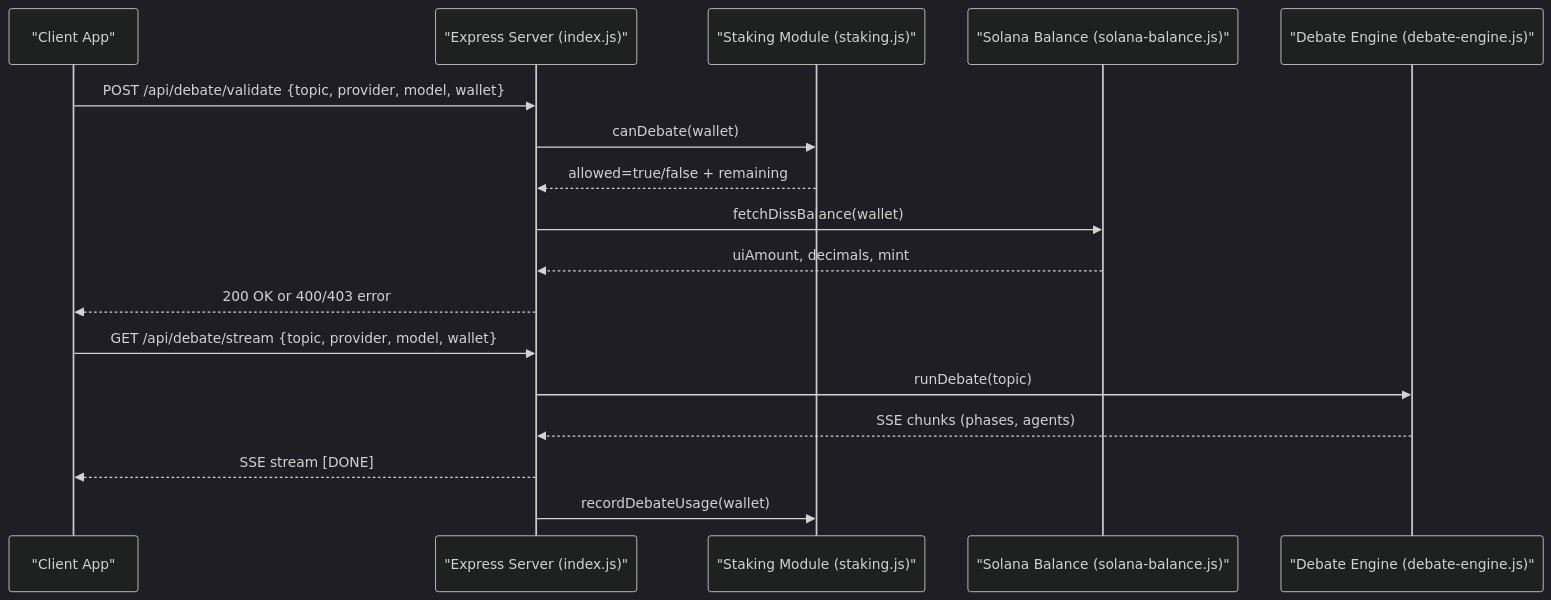
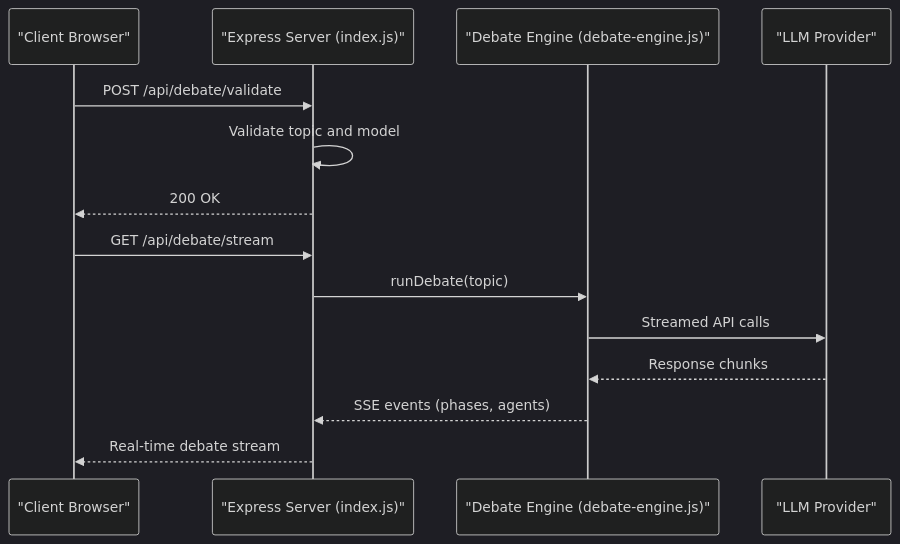
Before and after one commit to RunTimeAdmin/tri-ai: the second of 4 diagrams in .qoder/repowiki/en/content/Blockchain Integration/Tokenomics & Economic Model.md, drawn with Mermaid (dark theme). The commit also changed other lines of this file and 46 other files, not shown here.

Commit message:
Harden API security, add debate persistence, clean up repo

````diff
--- a/.qoder/repowiki/en/content/Blockchain Integration/Tokenomics & Economic Model.md
+++ b/.qoder/repowiki/en/content/Blockchain Integration/Tokenomics & Economic Model.md
@@ -102,19 +101,16 @@
 ```mermaid
 sequenceDiagram
-participant Client as "Client App"
+participant Client as "Client Browser"
 participant API as "Express Server (index.js)"
-participant Stake as "Staking Module (staking.js)"
-participant Sol as "Solana Balance (solana-balance.js)"
 participant Engine as "Debate Engine (debate-engine.js)"
-Client->>API : POST /api/debate/validate {topic, provider, model, wallet}
-API->>Stake : canDebate(wallet)
-Stake-->>API : allowed=true/false + remaining
-API->>Sol : fetchDissBalance(wallet)
-Sol-->>API : uiAmount, decimals, mint
-API-->>Client : 200 OK or 400/403 error
-Client->>API : GET /api/debate/stream {topic, provider, model, wallet}
+participant Provider as "LLM Provider"
+Client->>API : POST /api/debate/validate
+API->>API : Validate topic and model
+API-->>Client : 200 OK
+Client->>API : GET /api/debate/stream
 API->>Engine : runDebate(topic)
-Engine-->>API : SSE chunks (phases, agents)
-API-->>Client : SSE stream [DONE]
-API->>Stake : recordDebateUsage(wallet)
+Engine->>Provider : Streamed API calls
+Provider-->>Engine : Response chunks
+Engine-->>API : SSE events (phases, agents)
+API-->>Client : Real-time debate stream
 ```
````
